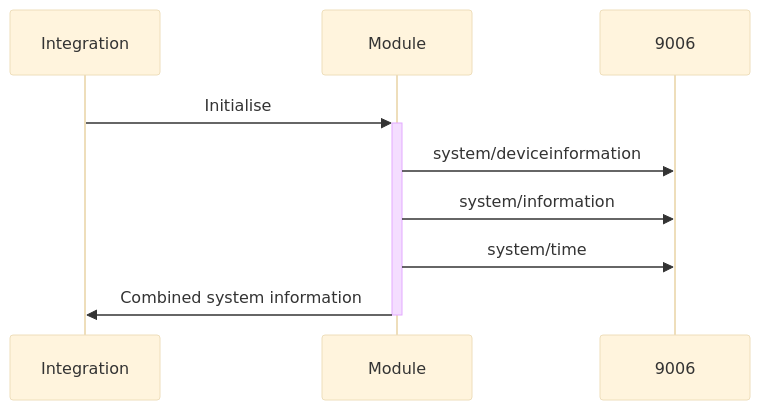
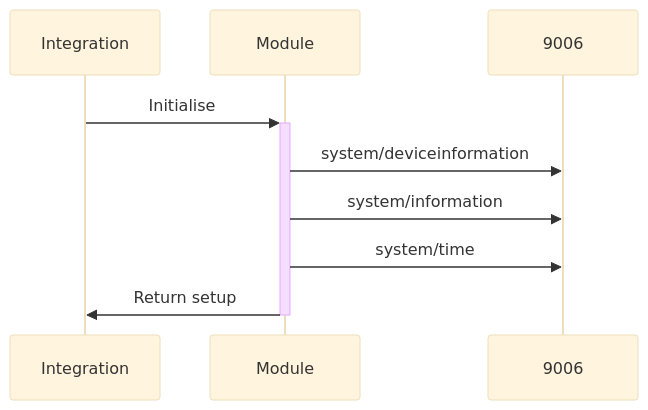
The first of 2 diagrams in flowchart/README.md (RogerSelwyn/Home_Assistant_SkyQ_MediaPlayer), drawn with Mermaid (base theme) before and after one commit. The commit also changed other lines of this file, not shown here.

````diff
--- a/flowchart/README.md
+++ b/flowchart/README.md
@@ -5,11 +5,11 @@
 ```mermaid
 sequenceDiagram
 participant I as Integration
 participant M as Module
 participant J as 9006
 I->>+M: Initialise
 M->>J: system/deviceinformation
 M->>J: system/information
 M->>J: system/time
-M->>-I: Combined system information
+M->>-I: Return setup
 ```
````
